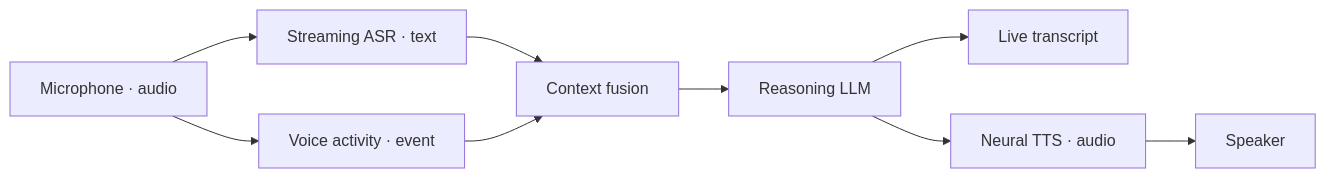
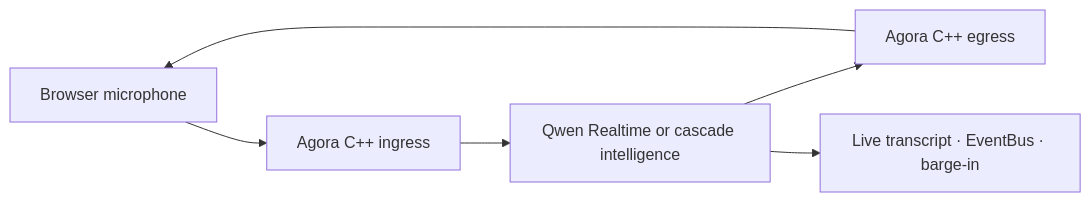
The diagram in docs/site/en/index.md (PiyotaHu/Voxa), drawn with Mermaid before and after one commit. The commit also changed other lines of this file and 10 other files, not shown here.

````diff
--- a/docs/site/en/index.md
+++ b/docs/site/en/index.md
@@ -22,11 +22,8 @@
 ```mermaid
 flowchart LR
-    MIC["Microphone · audio"] --> ASR["Streaming ASR · text"]
-    MIC --> VAD["Voice activity · event"]
-    ASR --> FUSION["Context fusion"]
-    VAD --> FUSION
-    FUSION --> LLM["Reasoning LLM"]
-    LLM --> TEXT["Live transcript"]
-    LLM --> TTS["Neural TTS · audio"]
-    TTS --> SPEAKER["Speaker"]
+    WEB["Browser microphone"] --> AGORA_IN["Agora C++ ingress"]
+    AGORA_IN --> QWEN["Qwen Realtime or cascade intelligence"]
+    QWEN --> AGORA_OUT["Agora C++ egress"]
+    AGORA_OUT --> WEB
+    QWEN --> LIVE["Live transcript · EventBus · barge-in"]
 ```
````
